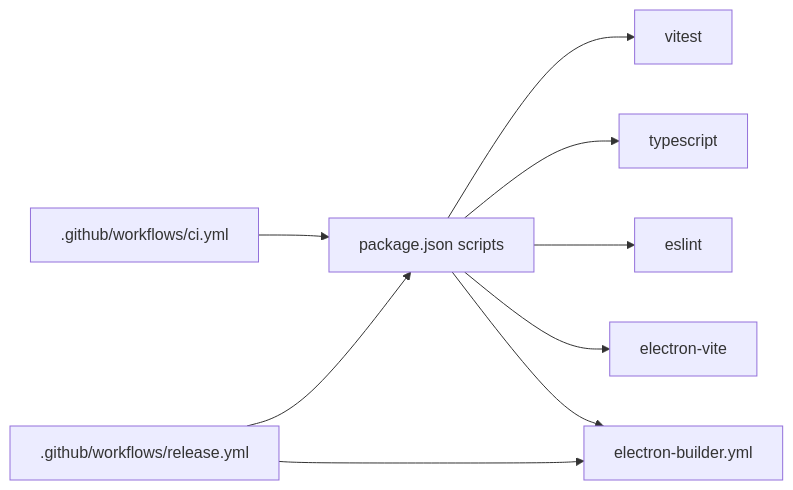
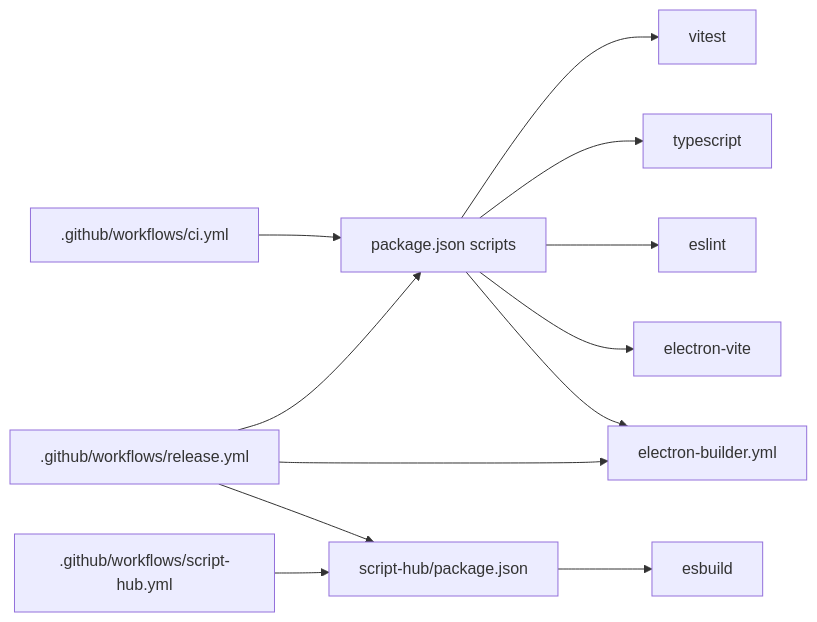
The eighth of 8 diagrams in .qoder/repowiki/zh/content/构建与部署/CI_CD 流水线.md (hozeeee/script-box), drawn with Mermaid before and after one commit. The commit also changed other lines of this file and 76 other files, not shown here.

````diff
--- a/.qoder/repowiki/zh/content/构建与部署/CI_CD 流水线.md
+++ b/.qoder/repowiki/zh/content/构建与部署/CI_CD 流水线.md
@@ -214,11 +289,14 @@
 ```mermaid
 graph LR
 CI[".github/workflows/ci.yml"] --> P["package.json scripts"]
+SH[".github/workflows/script-hub.yml"] --> SHP["script-hub/package.json"]
 REL[".github/workflows/release.yml"] --> P
 REL --> EB["electron-builder.yml"]
+REL --> SHP
 P --> T["vitest"]
 P --> TS["typescript"]
 P --> ESL["eslint"]
 P --> EV["electron-vite"]
 P --> EB
+SHP --> ES["esbuild"]
 ```
````
